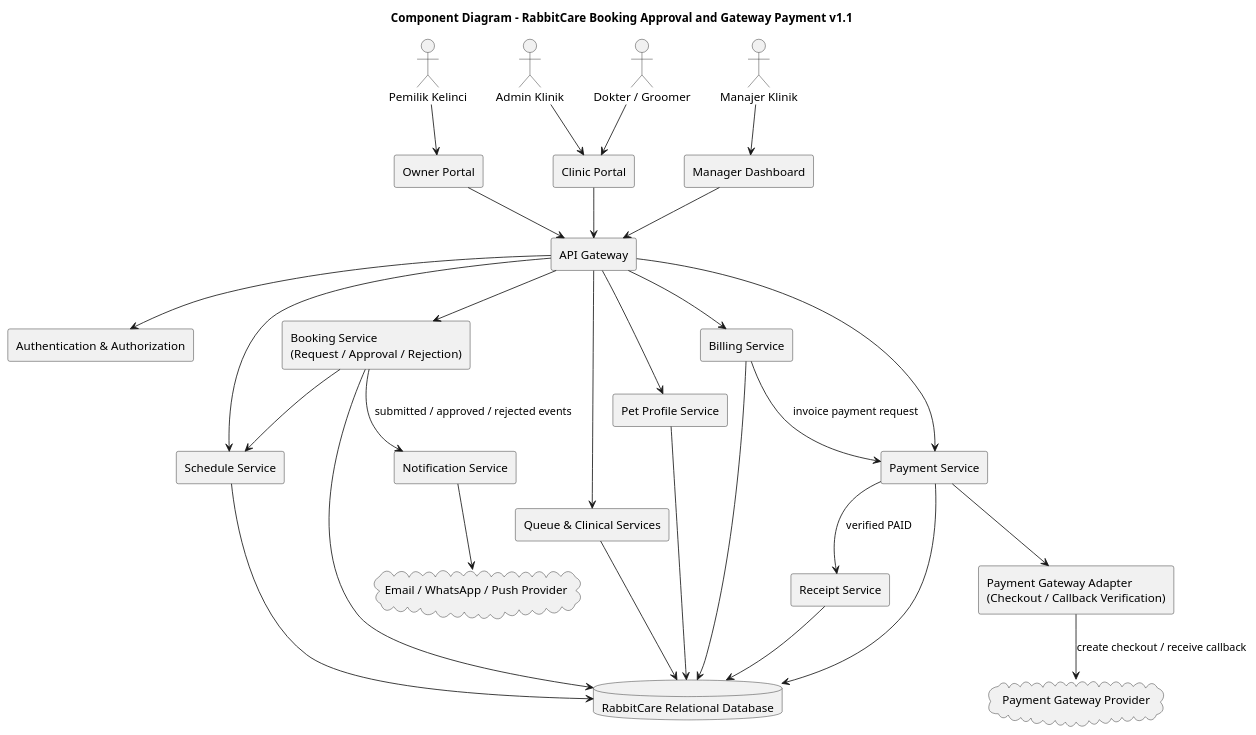
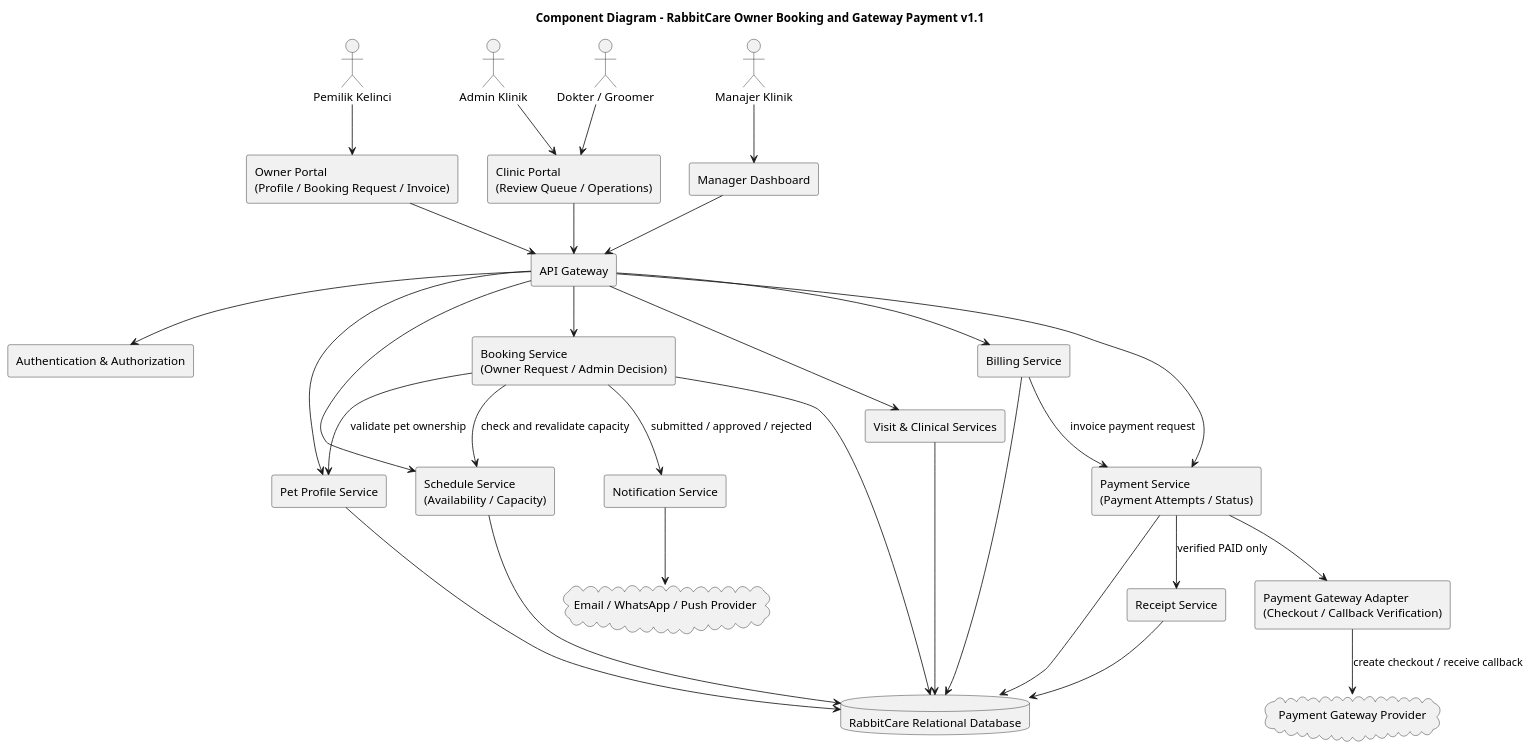
Before and after one commit to anggitasilmyy/rabbitcare-system-analysis: the diagram in plantuml/refinement/19_component_diagram_v1.1.puml, drawn with PlantUML. The commit also changed 16 other files, not shown here.

First line of the commit message:
docs: refine RabbitCare analysis and UML diagrams v1.1

```diff
--- a/plantuml/refinement/19_component_diagram_v1.1.puml
+++ b/plantuml/refinement/19_component_diagram_v1.1.puml
@@ -1,59 +1,60 @@
 @startuml
 skinparam shadowing false
 skinparam componentStyle rectangle
-title Component Diagram - RabbitCare Booking Approval and Gateway Payment v1.1
+title Component Diagram - RabbitCare Owner Booking and Gateway Payment v1.1
 
 actor "Pemilik Kelinci" as Owner
 actor "Admin Klinik" as Admin
 actor "Dokter / Groomer" as CareStaff
 actor "Manajer Klinik" as Manager
 
-component "Owner Portal" as OwnerPortal
-component "Clinic Portal" as ClinicPortal
+component "Owner Portal\n(Profile / Booking Request / Invoice)" as OwnerPortal
+component "Clinic Portal\n(Review Queue / Operations)" as ClinicPortal
 component "Manager Dashboard" as ManagerPortal
 component "API Gateway" as API
 component "Authentication & Authorization" as Auth
 component "Pet Profile Service" as Pet
-component "Schedule Service" as Schedule
-component "Booking Service\n(Request / Approval / Rejection)" as Booking
-component "Queue & Clinical Services" as Clinical
+component "Schedule Service\n(Availability / Capacity)" as Schedule
+component "Booking Service\n(Owner Request / Admin Decision)" as Booking
+component "Visit & Clinical Services" as Clinical
 component "Billing Service" as Billing
-component "Payment Service" as Payment
+component "Payment Service\n(Payment Attempts / Status)" as Payment
 component "Payment Gateway Adapter\n(Checkout / Callback Verification)" as Adapter
 component "Receipt Service" as Receipt
 component "Notification Service" as Notification
 database "RabbitCare Relational Database" as DB
 cloud "Payment Gateway Provider" as Gateway
 cloud "Email / WhatsApp / Push Provider" as NotifProvider
 
 Owner --> OwnerPortal
 Admin --> ClinicPortal
 CareStaff --> ClinicPortal
 Manager --> ManagerPortal
 
 OwnerPortal --> API
 ClinicPortal --> API
 ManagerPortal --> API
 API --> Auth
 API --> Pet
 API --> Schedule
 API --> Booking
 API --> Clinical
 API --> Billing
 API --> Payment
 
-Booking --> Schedule
-Booking --> Notification : submitted / approved / rejected events
+Booking --> Pet : validate pet ownership
+Booking --> Schedule : check and revalidate capacity
 Booking --> DB
 Schedule --> DB
 Pet --> DB
 Clinical --> DB
 Billing --> DB
 Payment --> DB
+Booking --> Notification : submitted / approved / rejected
 Payment --> Adapter
 Adapter --> Gateway : create checkout / receive callback
-Payment --> Receipt : verified PAID
+Payment --> Receipt : verified PAID only
 Receipt --> DB
 Notification --> NotifProvider
 Billing --> Payment : invoice payment request
 @enduml
```
